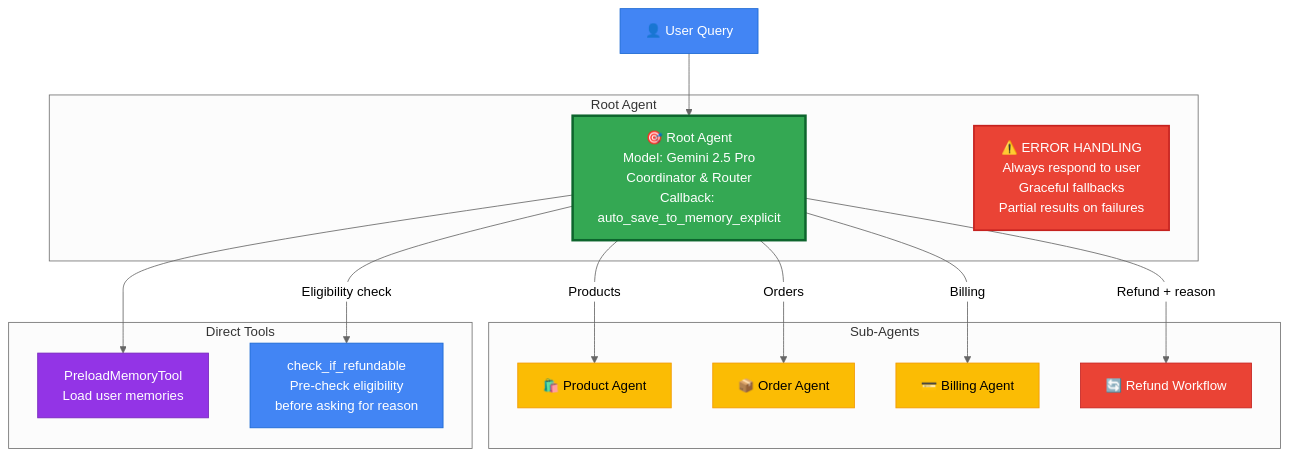
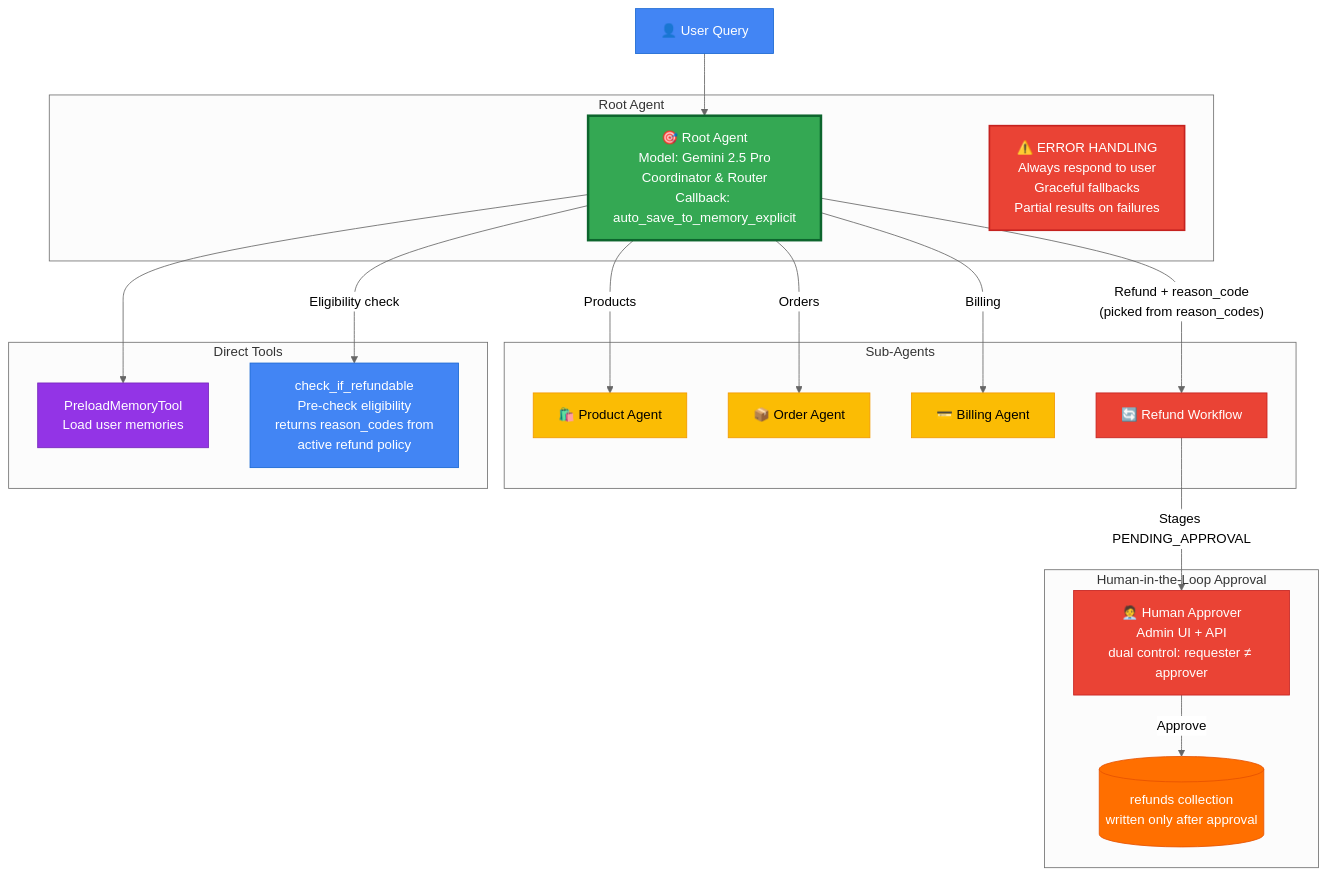
Before and after one commit to Saoussen-CH/adk-multiagent-production-template: the diagram in docs/diagrams/root-agent.mmd, drawn with Mermaid (neutral theme). The commit also changed 4 other files, not shown here.

First line of the commit message:
docs(diagrams): sync architecture diagrams with FedEx MCP + refund HITL

```diff
--- a/docs/diagrams/root-agent.mmd
+++ b/docs/diagrams/root-agent.mmd
@@ -1,39 +1,49 @@
 %% Root Agent Architecture
 %% Google Cloud Platform Style
 
 graph TB
     subgraph "Root Agent"
         Agent[🎯 Root Agent<br/>Model: Gemini 2.5 Pro<br/>Coordinator & Router<br/>Callback: auto_save_to_memory_explicit]
         ErrorHandling[⚠️ ERROR HANDLING<br/>Always respond to user<br/>Graceful fallbacks<br/>Partial results on failures]
     end
 
     subgraph "Sub-Agents"
         Product[🛍️ Product Agent]
         Order[📦 Order Agent]
         Billing[💳 Billing Agent]
         Refund[🔄 Refund Workflow]
     end
 
     subgraph "Direct Tools"
         PreloadMem[PreloadMemoryTool<br/>Load user memories]
-        CheckRefundable[check_if_refundable<br/>Pre-check eligibility<br/>before asking for reason]
+        CheckRefundable[check_if_refundable<br/>Pre-check eligibility<br/>returns reason_codes from<br/>active refund policy]
+    end
+
+    subgraph "Human-in-the-Loop Approval"
+        Approver[🧑‍💼 Human Approver<br/>Admin UI + API<br/>dual control: requester ≠ approver]
+        RefundsDB[(refunds collection<br/>written only after approval)]
     end
 
     User[👤 User Query] --> Agent
 
     Agent -->|Products| Product
     Agent -->|Orders| Order
     Agent -->|Billing| Billing
     Agent -->|Eligibility check| CheckRefundable
-    Agent -->|Refund + reason| Refund
+    Agent -->|"Refund + reason_code<br/>(picked from reason_codes)"| Refund
     Agent --> PreloadMem
+
+    Refund -->|Stages PENDING_APPROVAL| Approver
+    Approver -->|Approve| RefundsDB
 
     style User fill:#4285F4,stroke:#1967D2,color:#fff
     style Agent fill:#34A853,stroke:#0D652D,color:#fff,stroke-width:3px
     style ErrorHandling fill:#EA4335,stroke:#C5221F,color:#fff,stroke-width:2px
     style Product fill:#FBBC04,stroke:#F29900,color:#000
     style Order fill:#FBBC04,stroke:#F29900,color:#000
     style Billing fill:#FBBC04,stroke:#F29900,color:#000
     style Refund fill:#EA4335,stroke:#C5221F,color:#fff
     style PreloadMem fill:#9334E6,stroke:#7627BB,color:#fff
     style CheckRefundable fill:#4285F4,stroke:#1967D2,color:#fff
+    style Approver fill:#EA4335,stroke:#C5221F,color:#fff
+    style RefundsDB fill:#FF6F00,stroke:#E65100,color:#fff
```
